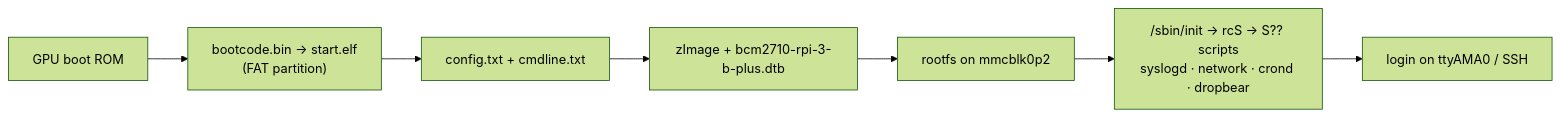
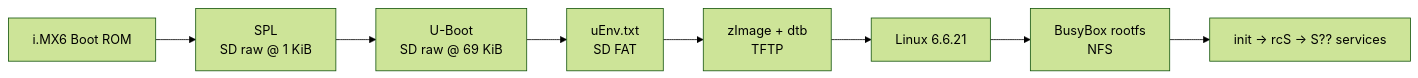
The diagram in README.md (0xshaman-eng/rpi3-embedded-linux), drawn with Mermaid (forest theme) before and after one commit. The commit also changed other lines of this file and 7 other files, not shown here.

````diff
--- a/README.md
+++ b/README.md
@@ -69,9 +85,10 @@
 ```mermaid
 flowchart LR
-    A[GPU boot ROM] --> B["bootcode.bin → start.elf<br/>(FAT partition)"]
-    B --> C["config.txt + cmdline.txt"]
-    C --> D["zImage + bcm2710-rpi-3-b-plus.dtb"]
-    D --> E["rootfs on mmcblk0p2"]
-    E --> F["/sbin/init → rcS → S?? scripts<br/>syslogd · network · crond · dropbear"]
-    F --> G["login on ttyAMA0 / SSH"]
+    A["i.MX6 Boot ROM"] --> B["SPL<br/>SD raw @ 1 KiB"]
+    B --> C["U-Boot<br/>SD raw @ 69 KiB"]
+    C --> D["uEnv.txt<br/>SD FAT"]
+    D --> E["zImage + dtb<br/>TFTP"]
+    E --> F["Linux 6.6.21"]
+    F --> G["BusyBox rootfs<br/>NFS"]
+    G --> H["init → rcS → S?? services"]
 ```
````
